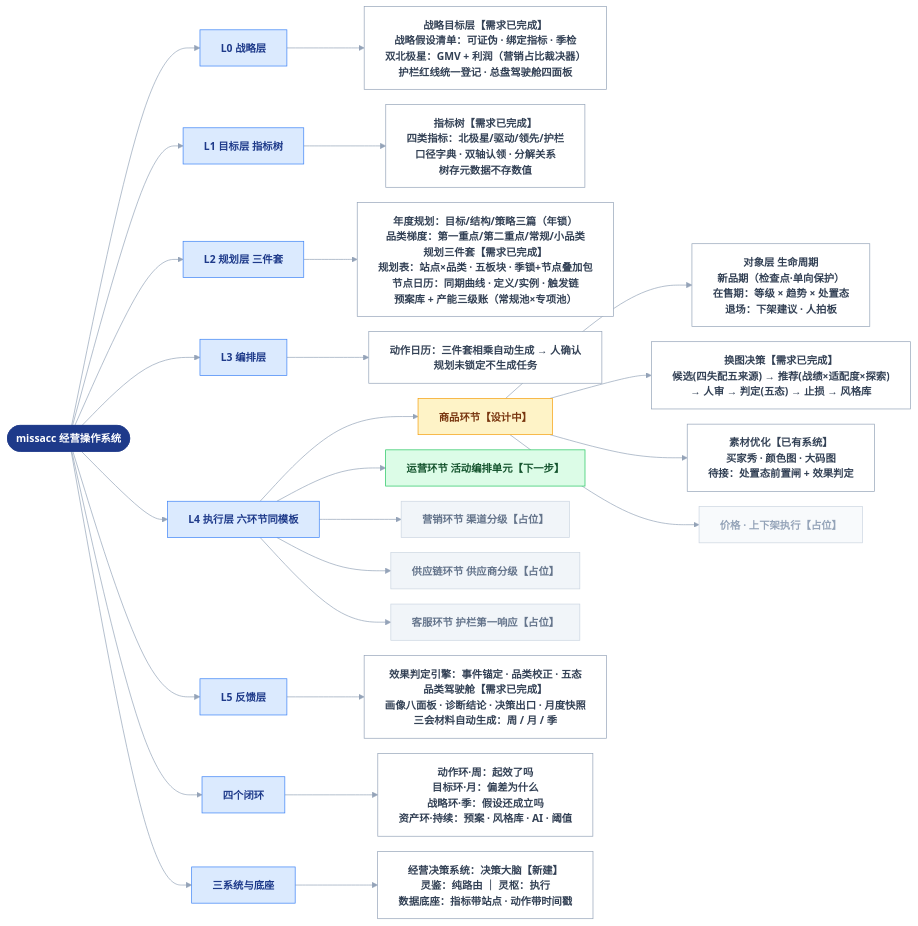
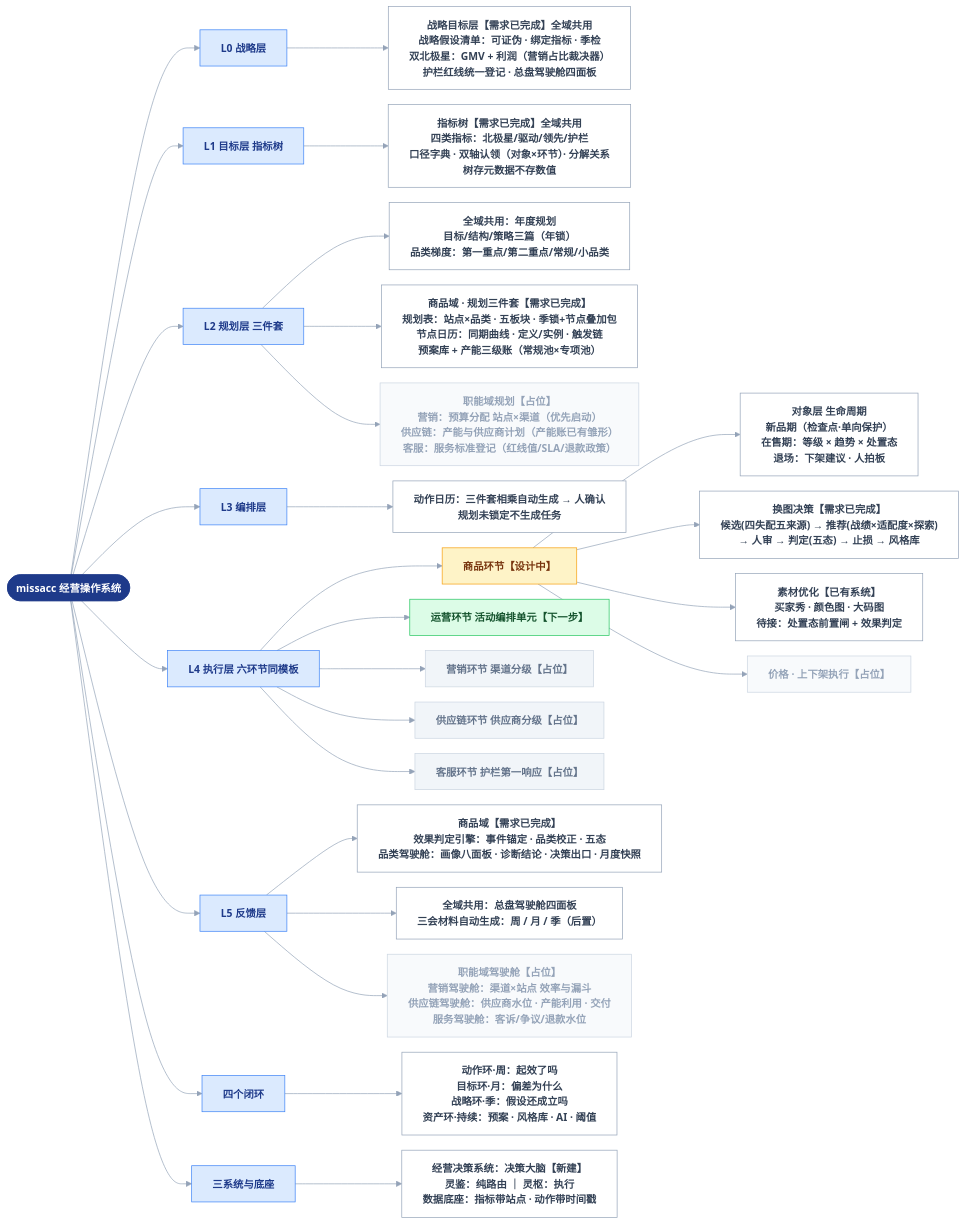
One commit to devlee/ma changed the diagram in docs/系统结构总览.md. Above: the diagram before and after it, drawn with Mermaid. The commit also changed other lines of this file, not shown here.

Commit message:
总览：结构树补职能轴——L2/L5 标注商品域并挂营销/供应链/客服占位，新增三条轴与职能域一览

```diff
--- a/docs/系统结构总览.md
+++ b/docs/系统结构总览.md
@@ -21,22 +21,27 @@
   ROOT --> LOOP["四个闭环"]:::layer
   ROOT --> SYS["三系统与底座"]:::layer
 
-  L0 --> L0C["战略目标层【需求已完成】
+  L0 --> L0C["战略目标层【需求已完成】全域共用
 战略假设清单：可证伪 · 绑定指标 · 季检
 双北极星：GMV + 利润（营销占比裁决器）
 护栏红线统一登记 · 总盘驾驶舱四面板"]:::leaf
 
-  L1 --> L1C["指标树【需求已完成】
+  L1 --> L1C["指标树【需求已完成】全域共用
 四类指标：北极星/驱动/领先/护栏
-口径字典 · 双轴认领 · 分解关系
+口径字典 · 双轴认领（对象×环节）· 分解关系
 树存元数据不存数值"]:::leaf
 
-  L2 --> L2C["年度规划：目标/结构/策略三篇（年锁）
-品类梯度：第一重点/第二重点/常规/小品类
-规划三件套【需求已完成】
+  L2 --> L2A["全域共用：年度规划
+目标/结构/策略三篇（年锁）
+品类梯度：第一重点/第二重点/常规/小品类"]:::leaf
+  L2 --> L2C["商品域 · 规划三件套【需求已完成】
 规划表：站点×品类 · 五板块 · 季锁+节点叠加包
 节点日历：同期曲线 · 定义/实例 · 触发链
 预案库 + 产能三级账（常规池×专项池）"]:::leaf
+  L2 --> L2F["职能域规划【占位】
+营销：预算分配 站点×渠道（优先启动）
+供应链：产能与供应商计划（产能账已有雏形）
+客服：服务标准登记（红线值/SLA/退款政策）"]:::dimleaf
 
   L3 --> L3C["动作日历：三件套相乘自动生成 → 人确认
 规划未锁定不生成任务"]:::leaf
@@ -59,10 +64,15 @@
 待接：处置态前置闸 + 效果判定"]:::leaf
   GOODS --> MORE["价格 · 上下架执行【占位】"]:::dimleaf
 
-  L5 --> L5C["效果判定引擎：事件锚定 · 品类校正 · 五态
-品类驾驶舱【需求已完成】
-画像八面板 · 诊断结论 · 决策出口 · 月度快照
-三会材料自动生成：周 / 月 / 季"]:::leaf
+  L5 --> L5C["商品域【需求已完成】
+效果判定引擎：事件锚定 · 品类校正 · 五态
+品类驾驶舱：画像八面板 · 诊断结论 · 决策出口 · 月度快照"]:::leaf
+  L5 --> L5G["全域共用：总盘驾驶舱四面板
+三会材料自动生成：周 / 月 / 季（后置）"]:::leaf
+  L5 --> L5F["职能域驾驶舱【占位】
+营销驾驶舱：渠道×站点 效率与漏斗
+供应链驾驶舱：供应商水位 · 产能利用 · 交付
+服务驾驶舱：客诉/争议/退款水位"]:::dimleaf
 
   LOOP --> LOOPC["动作环·周：起效了吗
 目标环·月：偏差为什么
```
